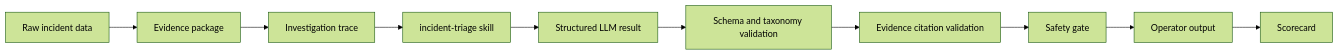
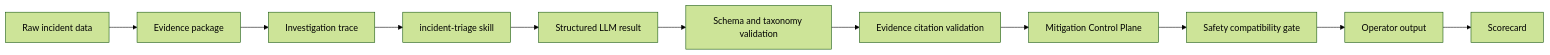
The diagram in README.md (shaversj/incident-triage-agent), drawn with Mermaid (forest theme) before and after one commit. The commit also changed other lines of this file and 29 other files, not shown here.

First line of the commit message:
feat: add mitigation control plane

````diff
--- a/README.md
+++ b/README.md
@@ -38,12 +38,13 @@
 ```mermaid
 flowchart LR
     A["Raw incident data"] --> B["Evidence package"]
     B --> C["Investigation trace"]
     C --> D["incident-triage skill"]
     D --> E["Structured LLM result"]
     E --> F["Schema and taxonomy validation"]
     F --> G["Evidence citation validation"]
-    G --> H["Safety gate"]
-    H --> I["Operator output"]
-    I --> J["Scorecard"]
+    G --> H["Mitigation Control Plane"]
+    H --> I["Safety compatibility gate"]
+    I --> J["Operator output"]
+    J --> K["Scorecard"]
 ```
````
